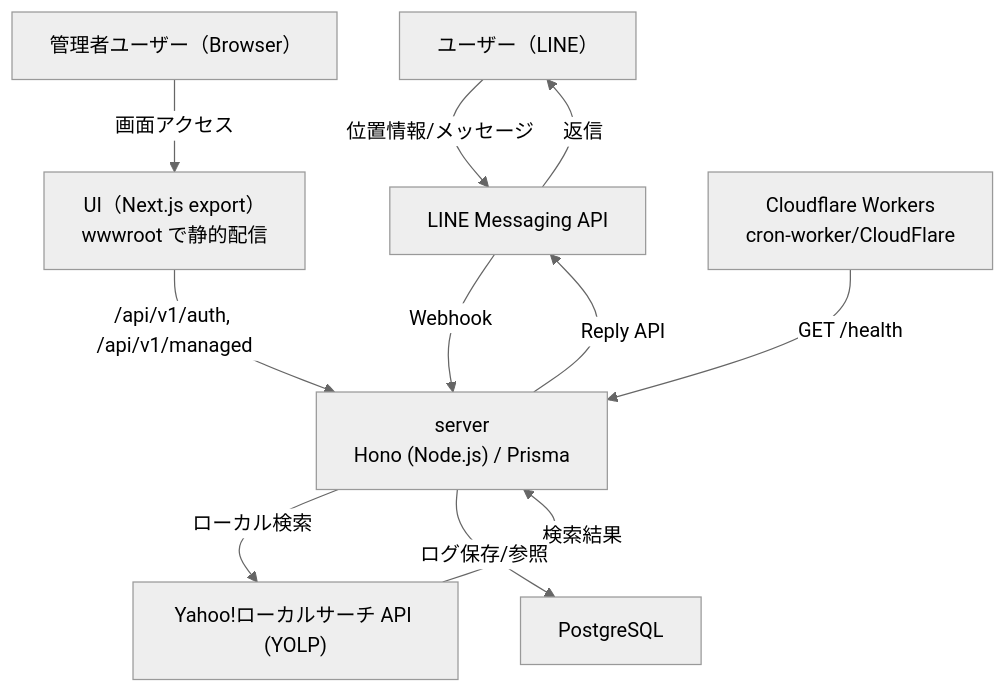
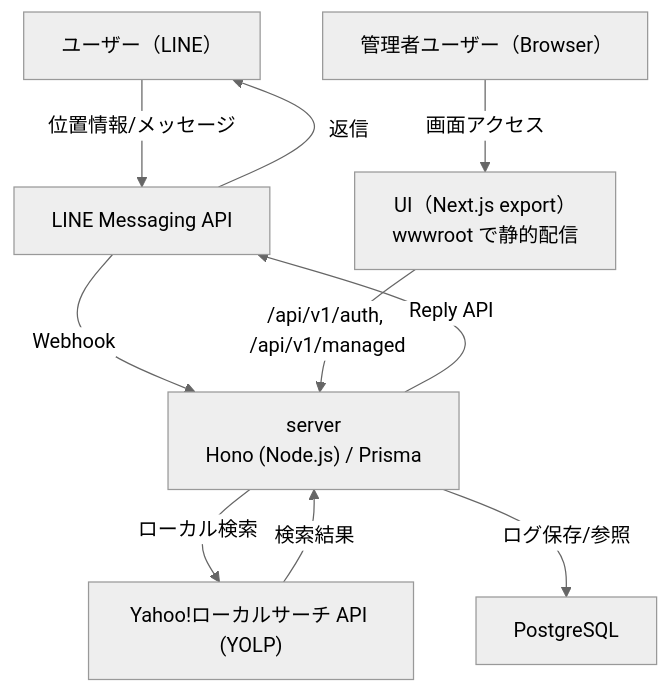
The first of 4 diagrams in Architect.md (agts86/G-Searcher), drawn with Mermaid (neutral theme) before and after one commit. The commit also changed 1 other file, not shown here.

Commit message:
chore: cron-worker(ウォームアップ)を削除
Vercel Container→Node.js Functions(Fluid Compute)移行でコールドスタート対策の
warmupが不要になったため、cron-worker/CloudFlareを削除。
CLAUDE.md/Architect.mdのcron参照も除去。
※Cloudflare側のデプロイ済みWorkerは別途wrangler deleteでundeployが必要。

````diff
--- a/Architect.md
+++ b/Architect.md
@@ -5,22 +5,20 @@
 ```mermaid
 graph TD
     User["ユーザー（LINE）"]
     Admin["管理者ユーザー（Browser）"]
     LineAPI["LINE Messaging API"]
     Ui["UI（Next.js export）<br/>wwwroot で静的配信"]
     Api["server<br/>Hono (Node.js) / Prisma"]
     Yahoo["Yahoo!ローカルサーチ API (YOLP)"]
     DB["PostgreSQL"]
-    Worker["Cloudflare Workers<br/>cron-worker/CloudFlare"]
 
     User -->|位置情報/メッセージ| LineAPI
     LineAPI -->|Webhook| Api
     Admin -->|画面アクセス| Ui
     Ui -->|/api/v1/auth, /api/v1/managed| Api
     Api -->|ローカル検索| Yahoo
     Yahoo -->|検索結果| Api
     Api -->|ログ保存/参照| DB
     Api -->|Reply API| LineAPI
     LineAPI -->|返信| User
-    Worker -->|GET /health| Api
 ```
````
